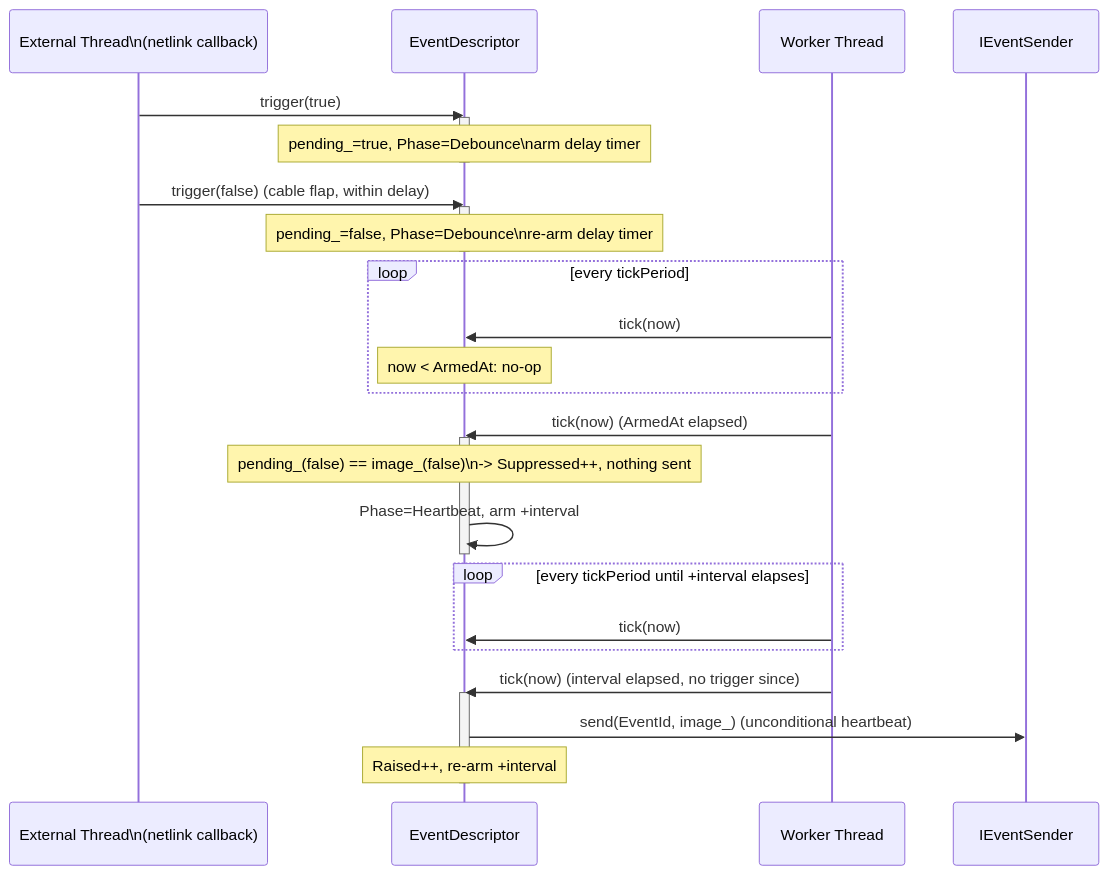
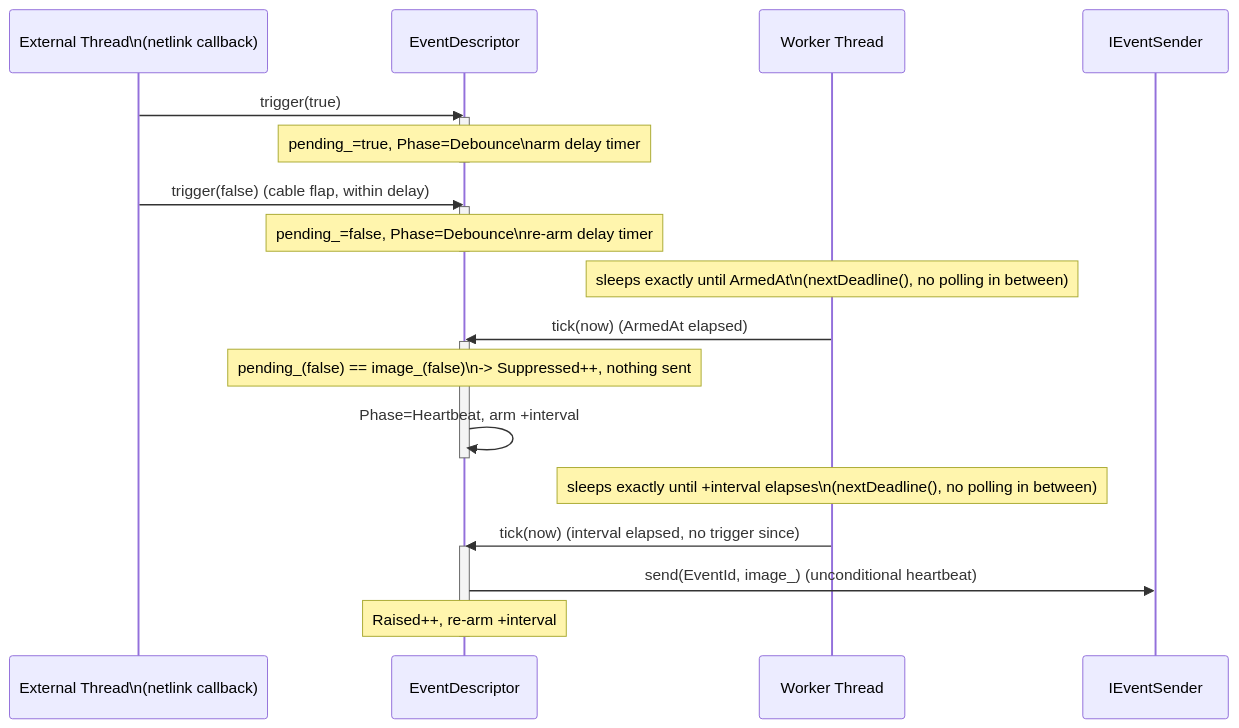
The fourth of 5 diagrams in README.md (alexcvc/event-supervision-core), drawn with Mermaid before and after one commit. The commit also changed other lines of this file and 6 other files, not shown here.

First line of the commit message:
Wake worker thread adaptively on nearest descriptor deadline (#3)

````diff
--- a/README.md
+++ b/README.md
@@ -179,38 +210,33 @@
 ```mermaid
 sequenceDiagram
     participant Ext as External Thread\n(netlink callback)
     participant Desc as EventDescriptor
     participant Worker as Worker Thread
     participant Sender as IEventSender
 
     Ext->>Desc: trigger(true)
     activate Desc
     Note over Desc: pending_=true, Phase=Debounce\narm delay timer
     deactivate Desc
 
     Ext->>Desc: trigger(false)  (cable flap, within delay)
     activate Desc
     Note over Desc: pending_=false, Phase=Debounce\nre-arm delay timer
     deactivate Desc
 
-    loop every tickPeriod
-        Worker->>Desc: tick(now)
-        Note over Desc: now < ArmedAt: no-op
-    end
+    Note over Worker: sleeps exactly until ArmedAt\n(nextDeadline(), no polling in between)
 
     Worker->>Desc: tick(now)  (ArmedAt elapsed)
     activate Desc
     Note over Desc: pending_(false) == image_(false)\n-> Suppressed++, nothing sent
     Desc->>Desc: Phase=Heartbeat, arm +interval
     deactivate Desc
 
-    loop every tickPeriod until +interval elapses
-        Worker->>Desc: tick(now)
-    end
+    Note over Worker: sleeps exactly until +interval elapses\n(nextDeadline(), no polling in between)
 
     Worker->>Desc: tick(now)  (interval elapsed, no trigger since)
     activate Desc
     Desc->>Sender: send(EventId, image_)  (unconditional heartbeat)
     Note over Desc: Raised++, re-arm +interval
     deactivate Desc
 ```
````
